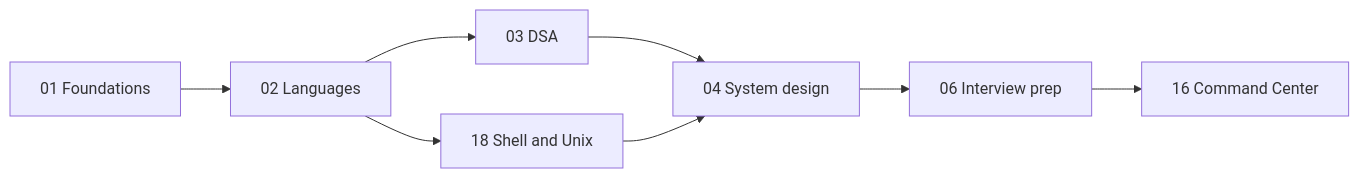
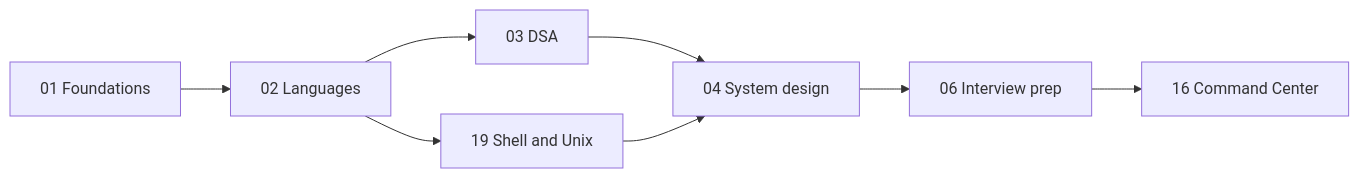
One commit to shreejitverma/SDE-Interview-Prep changed the second of 5 diagrams in 00-Start-Here/Roadmap.md. Above: the diagram before and after it, drawn with Mermaid. The commit also changed other lines of this file and 643 other files, not shown here.

````diff
--- a/00-Start-Here/Roadmap.md
+++ b/00-Start-Here/Roadmap.md
@@ -53,10 +53,10 @@
 ```mermaid
 flowchart LR
     F["01 Foundations"] --> L["02 Languages"]
     L --> D["03 DSA"]
-    L --> Sh["18 Shell and Unix"]
+    L --> Sh["19 Shell and Unix"]
     D --> S["04 System design"]
     Sh --> S
     S --> I["06 Interview prep"]
     I --> C["16 Command Center"]
 ```
````
